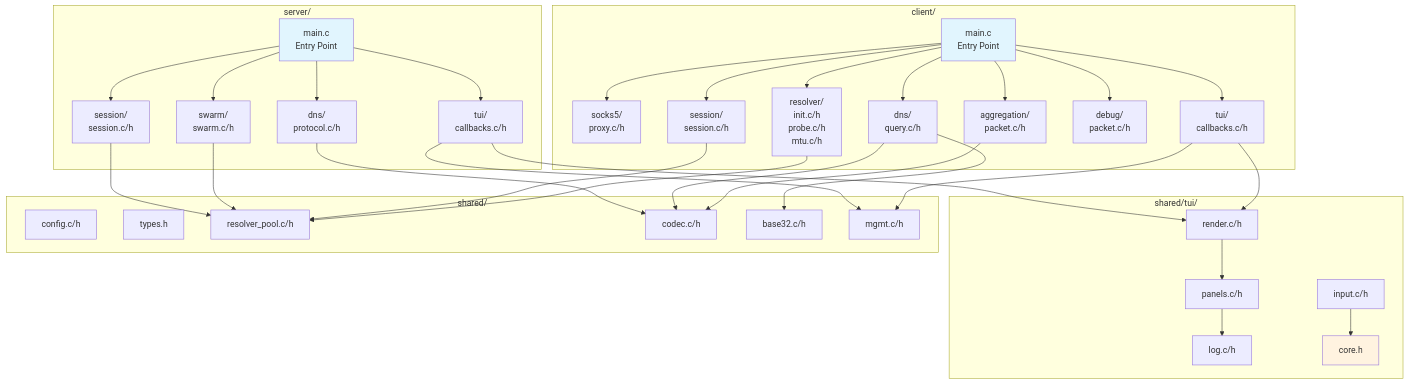
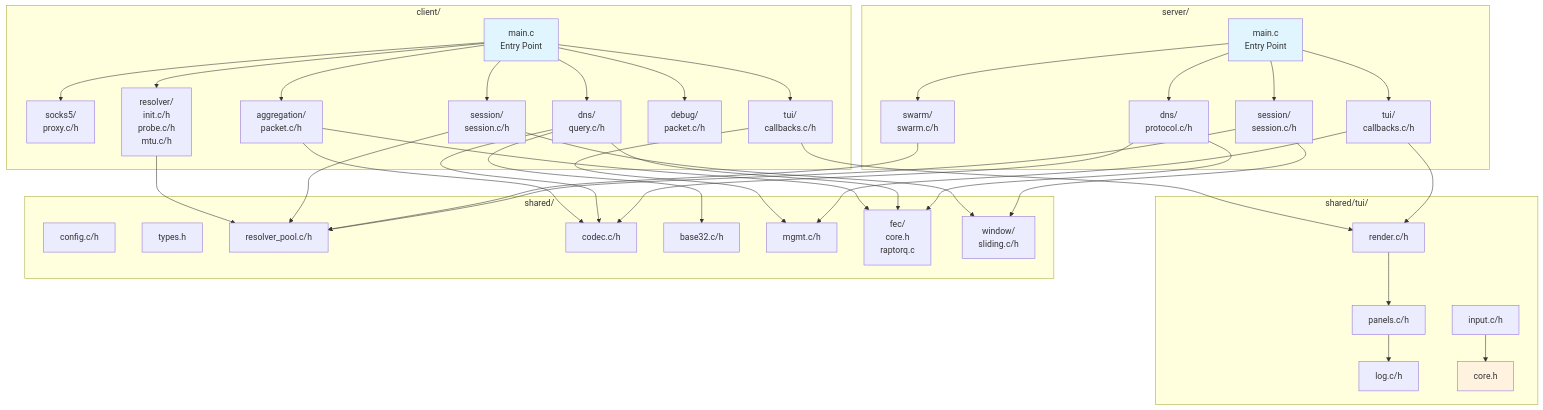
The diagram in plans/refactoring_plan.md (bahramiem/qnsdns), drawn with Mermaid before and after one commit. The commit also changed other lines of this file and 3 other files, not shown here.

````diff
--- a/plans/refactoring_plan.md
+++ b/plans/refactoring_plan.md
@@ -82,75 +89,82 @@
 ```mermaid
 graph TD
     subgraph Server["server/"]
         SM[main.c<br/>Entry Point]
         S_Session["session/<br/>session.c/h"]
         S_Swarm["swarm/<br/>swarm.c/h"]
         S_DNS["dns/<br/>protocol.c/h"]
         S_TUI["tui/<br/>callbacks.c/h"]
     end
 
     subgraph Client["client/"]
         CM[main.c<br/>Entry Point]
         C_Socks5["socks5/<br/>proxy.c/h"]
         C_DNS["dns/<br/>query.c/h"]
         C_Session["session/<br/>session.c/h"]
         C_Resolver["resolver/<br/>init.c/h<br/>probe.c/h<br/>mtu.c/h"]
         C_Agg["aggregation/<br/>packet.c/h"]
         C_Debug["debug/<br/>packet.c/h"]
         C_TUI["tui/<br/>callbacks.c/h"]
     end
 
     subgraph SharedTUI["shared/tui/"]
         T_Render["render.c/h"]
         T_Input["input.c/h"]
         T_Panels["panels.c/h"]
         T_Log["log.c/h"]
         T_Core["core.h"]
     end
 
     subgraph SharedOther["shared/"]
         Sh_Config["config.c/h"]
         Sh_Types["types.h"]
         Sh_Resolver["resolver_pool.c/h"]
         Sh_Codec["codec.c/h"]
         Sh_Base32["base32.c/h"]
         Sh_Mgmt["mgmt.c/h"]
+        Sh_FEC["fec/<br/>core.h<br/>raptorq.c"]
+        Sh_Window["window/<br/>sliding.c/h"]
     end
 
     SM --> S_Session
     SM --> S_Swarm
     SM --> S_DNS
     SM --> S_TUI
 
     CM --> C_Socks5
     CM --> C_DNS
     CM --> C_Session
     CM --> C_Resolver
     CM --> C_Agg
     CM --> C_Debug
     CM --> C_TUI
 
     S_TUI --> T_Render
     C_TUI --> T_Render
     T_Render --> T_Panels
     T_Panels --> T_Log
     T_Input --> T_Core
 
     S_Session --> Sh_Resolver
+    S_Session --> Sh_Window
     S_Swarm --> Sh_Resolver
     C_Session --> Sh_Resolver
+    C_Session --> Sh_Window
     C_Resolver --> Sh_Resolver
 
     S_DNS --> Sh_Codec
+    S_DNS --> Sh_FEC
     C_DNS --> Sh_Codec
     C_Agg --> Sh_Codec
+    C_DNS --> Sh_FEC
+    C_Agg --> Sh_FEC
 
     C_DNS --> Sh_Base32
 
     S_TUI --> Sh_Mgmt
     C_TUI --> Sh_Mgmt
 
     style SM fill:#e1f5fe
     style CM fill:#e1f5fe
     style T_Core fill:#fff3e0
 ```
````
